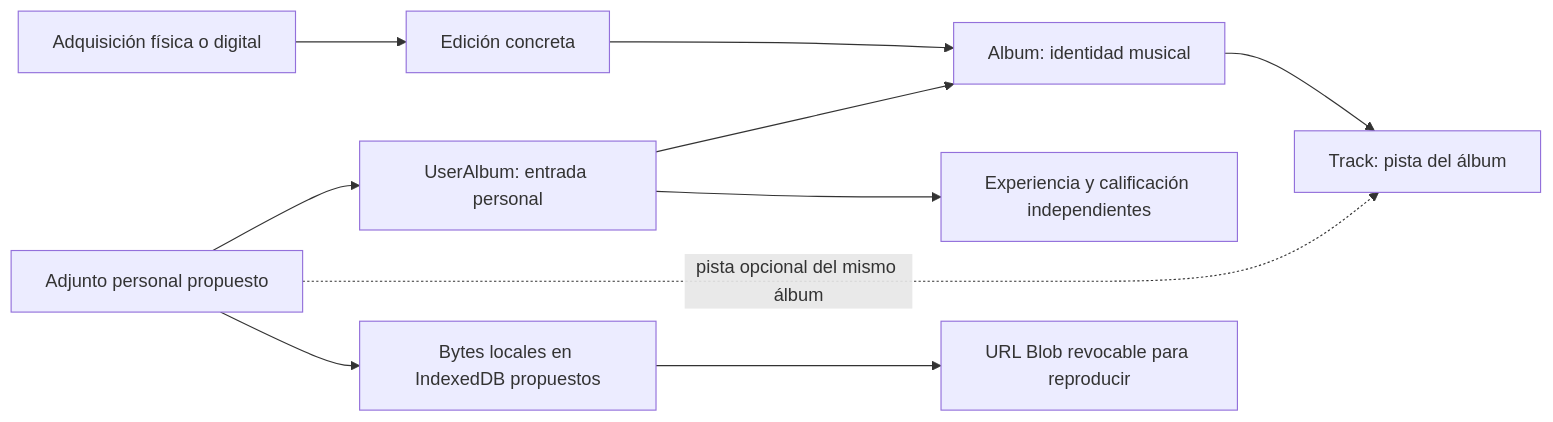
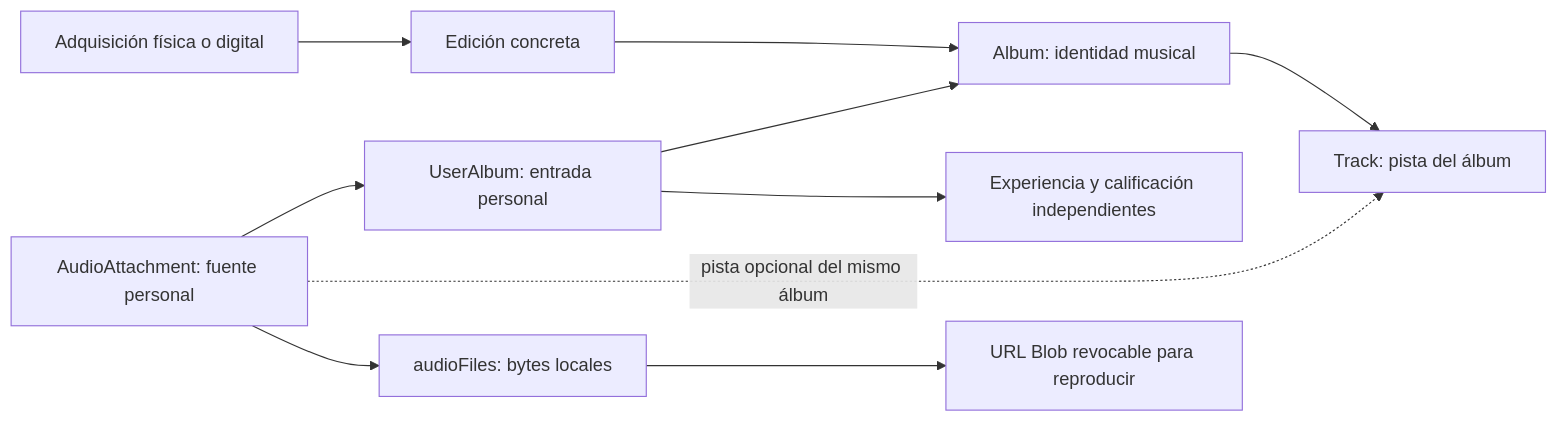
The second of 3 diagrams in docs/AUDIO_LOCAL.md (NicoCG32/Auditorium), drawn with Mermaid before and after one commit. The commit also changed other lines of this file and 68 other files, not shown here.

````diff
--- a/docs/AUDIO_LOCAL.md
+++ b/docs/AUDIO_LOCAL.md
@@ -19,12 +80,12 @@
 ```mermaid
 flowchart LR
     Album[Album: identidad musical] --> Track[Track: pista del álbum]
     UserAlbum[UserAlbum: entrada personal] --> Album
-    Attachment[Adjunto personal propuesto] --> UserAlbum
+    Attachment[AudioAttachment: fuente personal] --> UserAlbum
     Attachment -. pista opcional del mismo álbum .-> Track
-    Attachment --> Binary[Bytes locales en IndexedDB propuestos]
+    Attachment --> Binary[audioFiles: bytes locales]
     Binary --> File[URL Blob revocable para reproducir]
     UserAlbum --> Experience[Experiencia y calificación independientes]
     Acquisition[Adquisición física o digital] --> Release[Edición concreta]
     Release --> Album
 ```
````
